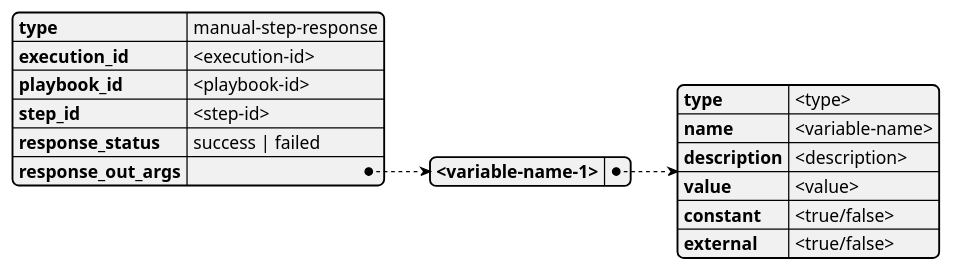
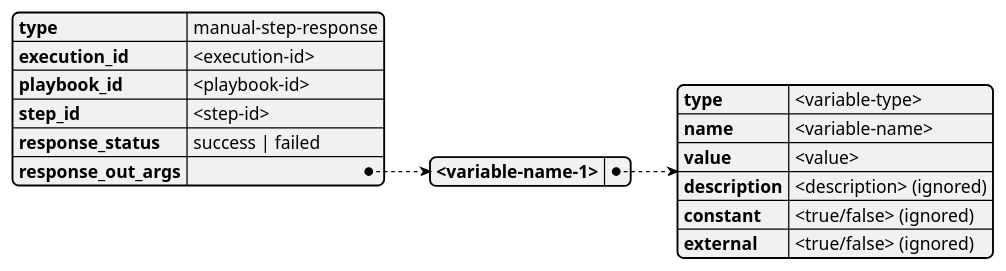
The fourth of 4 diagrams in docs/content/en/docs/core-components/api-manual.md (COSSAS/SOARCA), drawn with PlantUML before and after one commit. The commit also changed other lines of this file and 3 other files, not shown here.

````diff
--- a/docs/content/en/docs/core-components/api-manual.md
+++ b/docs/content/en/docs/core-components/api-manual.md
@@ -171,23 +171,23 @@
 ```plantuml
 @startjson
 
     {
         "type" :        "manual-step-response",
         "execution_id" : "<execution-id>",
         "playbook_id" :  "<playbook-id>",
         "step_id" :  "<step-id>",
         "response_status" : "success | failed",
         "response_out_args":    {
             "<variable-name-1>" : {
-                "type":         "<type>",
+                "type":         "<variable-type>",
                 "name":         "<variable-name>",
-                "description":  "<description>",
                 "value":        "<value>",
-                "constant":     "<true/false>",
-                "external":     "<true/false>"
+                "description":  "<description> (ignored)",
+                "constant":     "<true/false> (ignored)",
+                "external":     "<true/false> (ignored)"
             }
         }
     }
 
 @endjson
 ```
````
